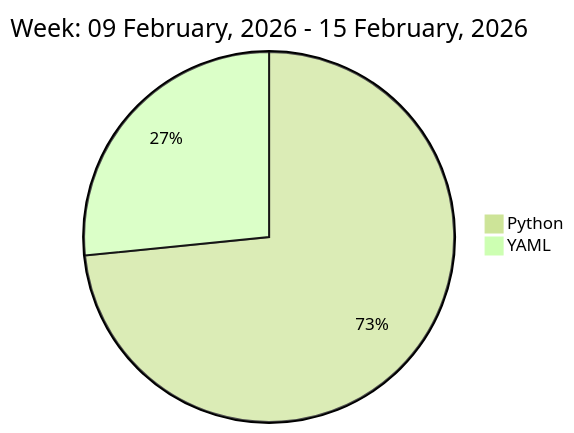
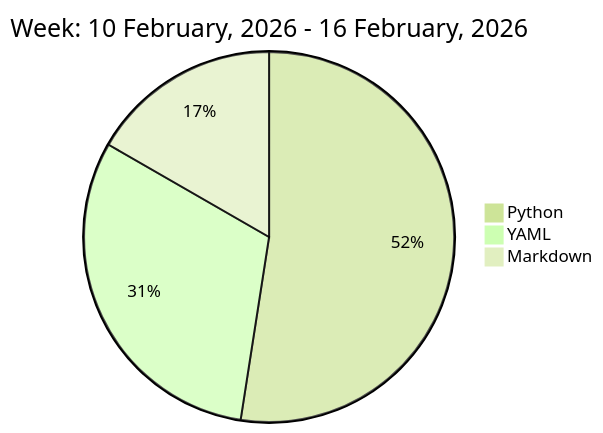
One commit to liubin95/liubin95 changed the diagram in README.md. Above: the diagram before and after it, drawn with Mermaid (forest theme).

Commit message:
Updated the Graph with new Metrics

````diff
--- a/README.md
+++ b/README.md
@@ -37,6 +37,7 @@
 ```mermaid
  pie
-title Week: 09 February, 2026 - 15 February, 2026
- "Python" : 6.68
- "YAML" : 2.42
+title Week: 10 February, 2026 - 16 February, 2026
+ "Python" : 3.52
+ "YAML" : 2.07
+ "Markdown" : 1.12
 ```
````
